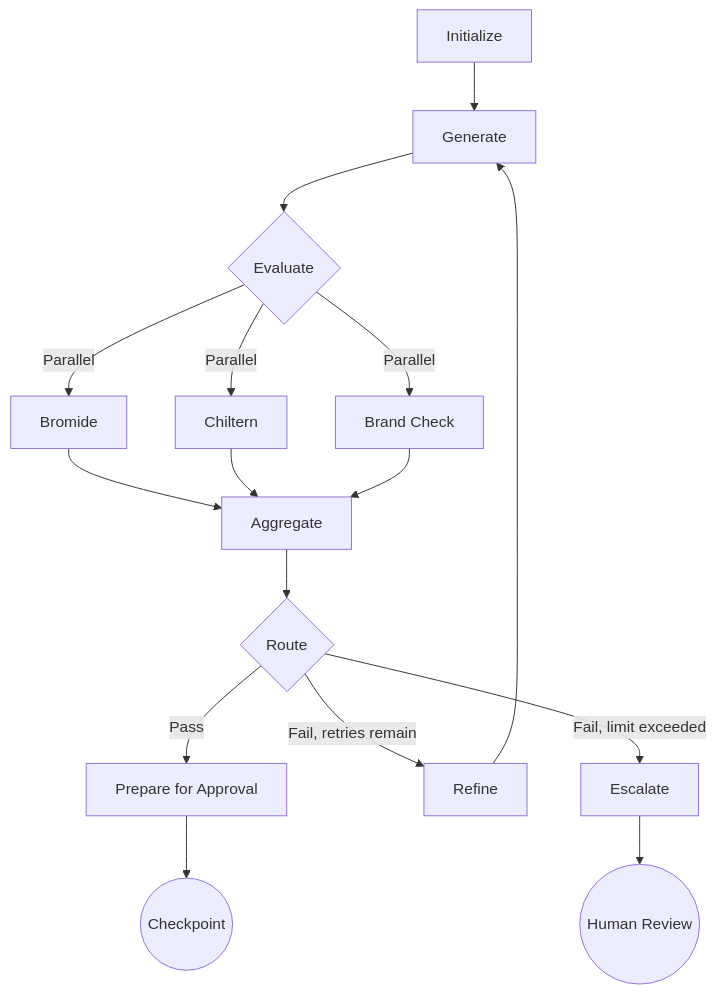
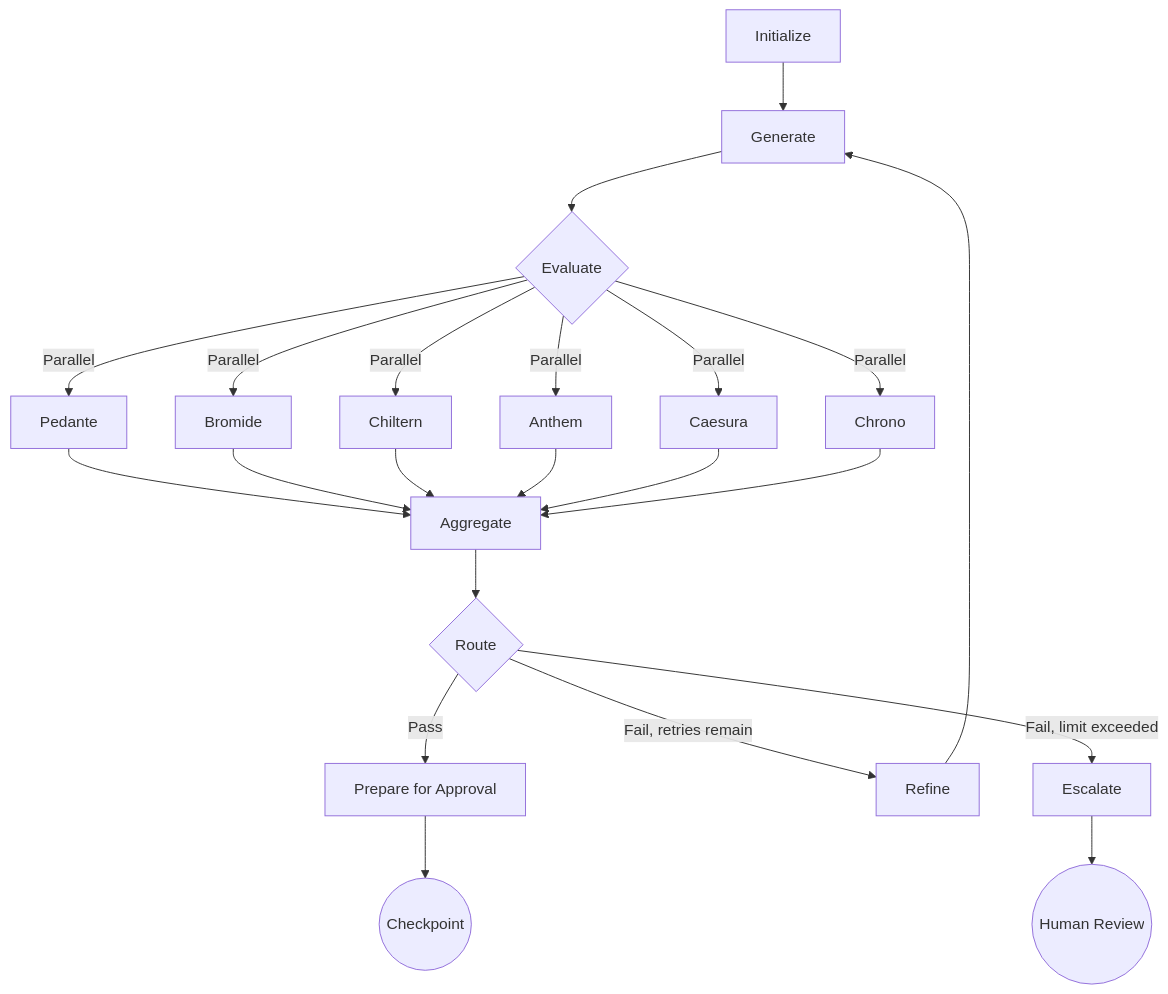
Before and after one commit to leynos/episodic: the second of 13 diagrams in docs/episodic-podcast-generation-system-design.md, drawn with Mermaid. The commit also changed other lines of this file and 4 other files, not shown here.

First line of the commit message:
Docs: Episodic TUI API design and roadmap normalization (#51)

````diff
--- a/docs/episodic-podcast-generation-system-design.md
+++ b/docs/episodic-podcast-generation-system-design.md
@@ -414,18 +433,24 @@
 ```mermaid
 flowchart TD
     A[Initialize] --> B[Generate]
     B --> C{Evaluate}
-    C -->|Parallel| D1[Bromide]
-    C -->|Parallel| D2[Chiltern]
-    C -->|Parallel| D3[Brand Check]
+    C -->|Parallel| D1[Pedante]
+    C -->|Parallel| D2[Bromide]
+    C -->|Parallel| D3[Chiltern]
+    C -->|Parallel| D4[Anthem]
+    C -->|Parallel| D5[Caesura]
+    C -->|Parallel| D6[Chrono]
     D1 --> E[Aggregate]
     D2 --> E
     D3 --> E
+    D4 --> E
+    D5 --> E
+    D6 --> E
     E --> F{Route}
     F -->|Pass| G[Prepare for Approval]
     F -->|Fail, retries remain| H[Refine]
     F -->|Fail, limit exceeded| I[Escalate]
     H --> B
     G --> J((Checkpoint))
     I --> K((Human Review))
 ```
````
